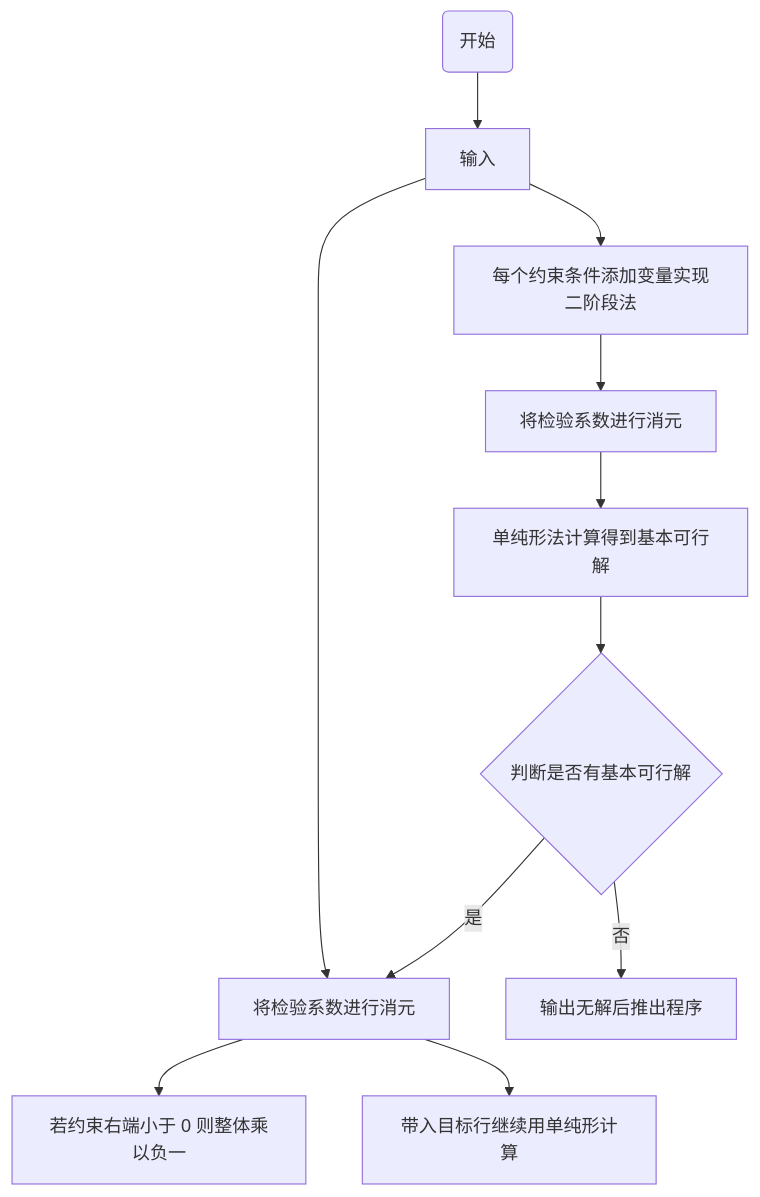
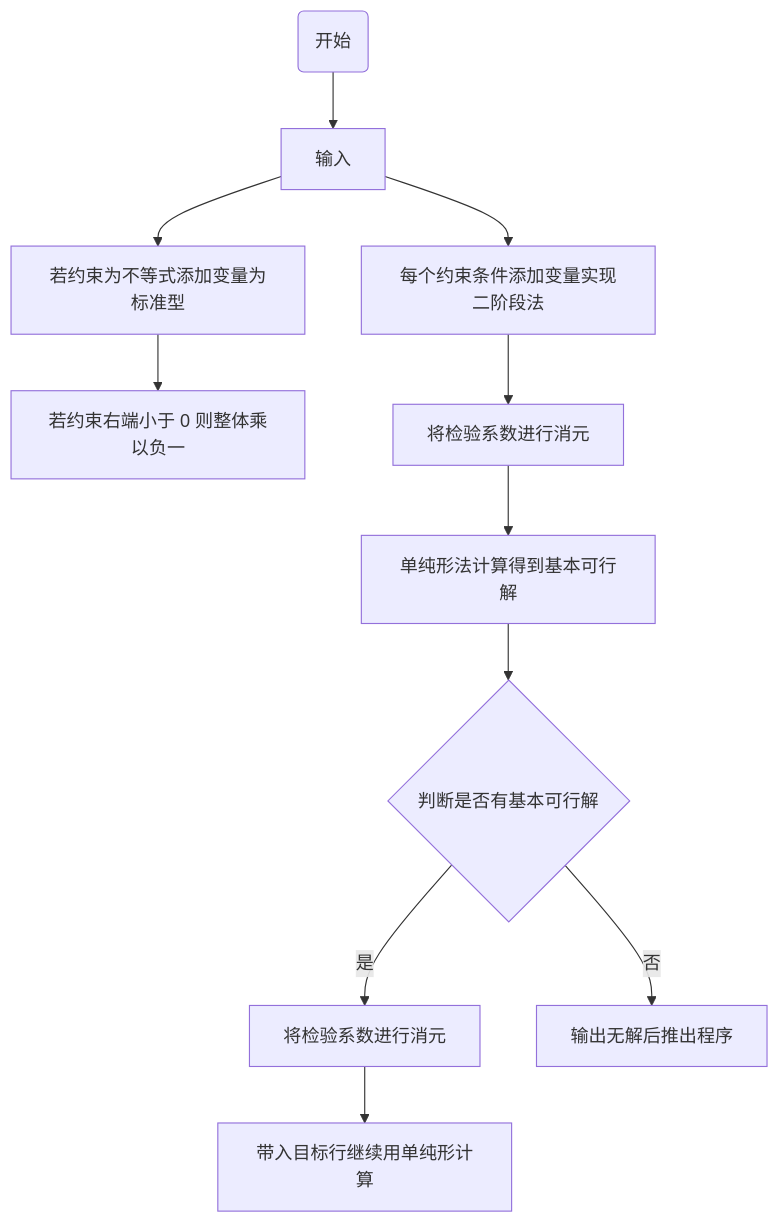
One commit to SxyLimit/Simplex changed the first of 2 diagrams in README.md. Above: the diagram before and after it, drawn with Mermaid.

````diff
--- a/README.md
+++ b/README.md
@@ -5,13 +5,13 @@
 ```mermaid
 flowchart TD
 	A(开始) --> B[输入]
-	B --> I[若约束为不等式添加变量为标准型]
-	I --> J[若约束右端小于 0 则整体乘以负一]
+	B --> K[若约束为不等式添加变量为标准型]
+	K --> J[若约束右端小于 0 则整体乘以负一]
 	B --> C[每个约束条件添加变量实现二阶段法]
 	C --> H[将检验系数进行消元]
 	H --> D[单纯形法计算得到基本可行解]
 	D --> E{判断是否有基本可行解}
 	E -->|是| I[将检验系数进行消元]
 	I --> F[带入目标行继续用单纯形计算]
 	E -->|否| G[输出无解后推出程序]
 ```
````
